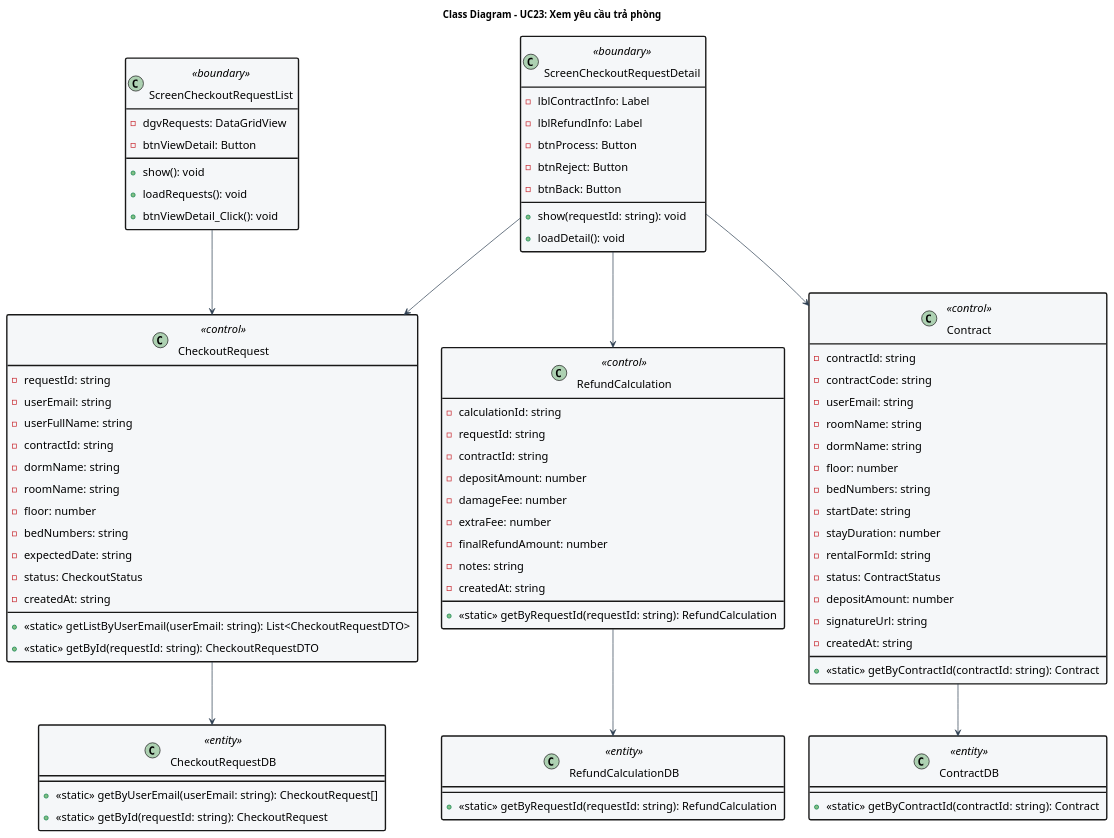
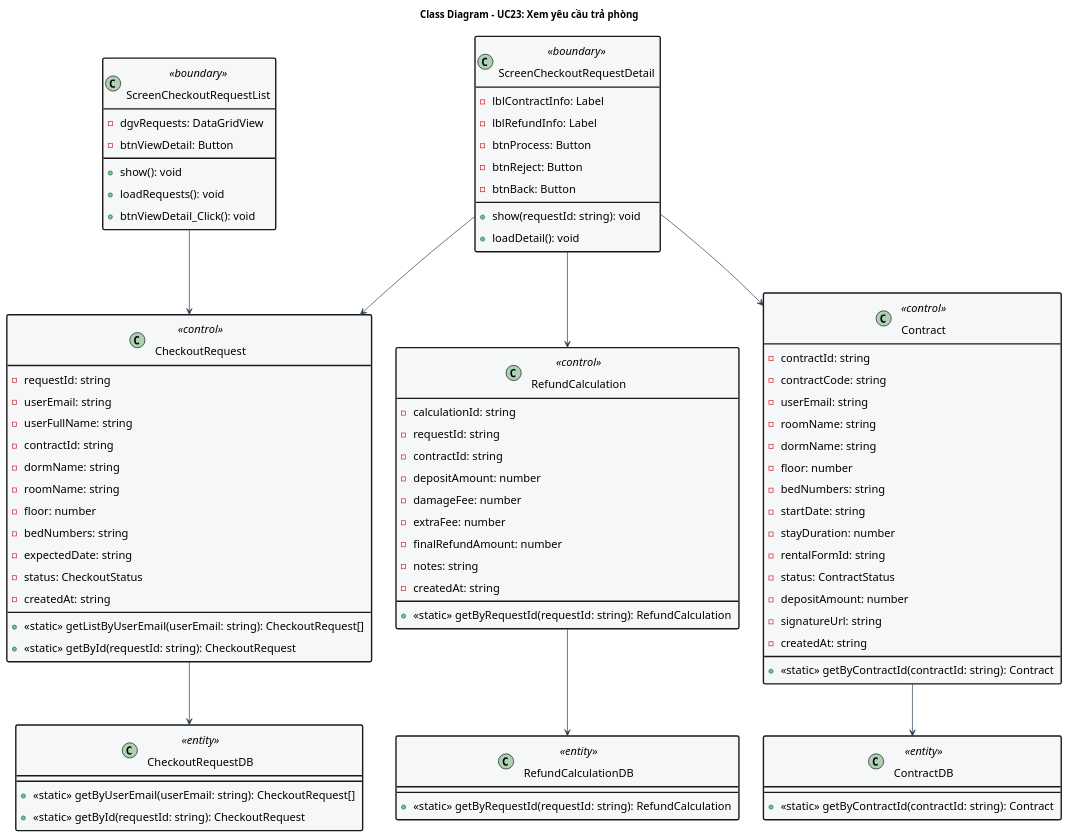
The diagram in doc/system/xem_yeu_cau_tra_phong/XemYeuCauTraPhong_ClassDiagram.wsd (Gnourt812005/HCMUS-Analyze-and-desgin-IS), drawn with PlantUML before and after one commit. The commit also changed 2 other files, not shown here.

Commit message:
quangdo/diagram: updated some diagrams

```diff
--- a/doc/system/xem_yeu_cau_tra_phong/XemYeuCauTraPhong_ClassDiagram.wsd
+++ b/doc/system/xem_yeu_cau_tra_phong/XemYeuCauTraPhong_ClassDiagram.wsd
@@ -1,104 +1,104 @@
 @startuml XemYeuCauTraPhong_ClassDiagram
 title Class Diagram - UC23: Xem yêu cầu trả phòng
 
 skinparam {
     BackgroundColor White
     ArrowColor #2D3E50
     DefaultFontName "Arial"
     DefaultFontSize 16
     BorderColor #2D3E50
     ClassBackgroundColor #F5F7F9
     ClassBorderThickness 2
     StereotypeFontColor #2D3E50
     Padding 5
 }
 
 class ScreenCheckoutRequestList <<boundary>> {
     - dgvRequests: DataGridView
     - btnViewDetail: Button
     + show(): void
     + loadRequests(): void
     + btnViewDetail_Click(): void
 }
 
 class ScreenCheckoutRequestDetail <<boundary>> {
     - lblContractInfo: Label
     - lblRefundInfo: Label
     - btnProcess: Button
     - btnReject: Button
     - btnBack: Button
     + show(requestId: string): void
     + loadDetail(): void
 }
 
 class CheckoutRequest <<control>> {
     - requestId: string
     - userEmail: string
     - userFullName: string
     - contractId: string
     - dormName: string
     - roomName: string
     - floor: number
     - bedNumbers: string
     - expectedDate: string
     - status: CheckoutStatus
     - createdAt: string
-    + <<static>> getListByUserEmail(userEmail: string): List<CheckoutRequestDTO>
-    + <<static>> getById(requestId: string): CheckoutRequestDTO
+    + <<static>> getListByUserEmail(userEmail: string): CheckoutRequest[]
+    + <<static>> getById(requestId: string): CheckoutRequest
 }
 
 class RefundCalculation <<control>> {
     - calculationId: string
     - requestId: string
     - contractId: string
     - depositAmount: number
     - damageFee: number
     - extraFee: number
     - finalRefundAmount: number
     - notes: string
     - createdAt: string
     + <<static>> getByRequestId(requestId: string): RefundCalculation
 }
 
 class Contract <<control>> {
     - contractId: string
     - contractCode: string
     - userEmail: string
     - roomName: string
     - dormName: string
     - floor: number
     - bedNumbers: string
     - startDate: string
     - stayDuration: number
     - rentalFormId: string
     - status: ContractStatus
     - depositAmount: number
     - signatureUrl: string
     - createdAt: string
     + <<static>> getByContractId(contractId: string): Contract
 }
 
 ' --- DATABASE LAYER ---
 class CheckoutRequestDB <<entity>> {
     + <<static>> getByUserEmail(userEmail: string): CheckoutRequest[]
     + <<static>> getById(requestId: string): CheckoutRequest
 }
 
 class RefundCalculationDB <<entity>> {
     + <<static>> getByRequestId(requestId: string): RefundCalculation
 }
 
 class ContractDB <<entity>> {
     + <<static>> getByContractId(contractId: string): Contract
 }
 
 ScreenCheckoutRequestList --> CheckoutRequest 
 ScreenCheckoutRequestDetail --> CheckoutRequest 
 ScreenCheckoutRequestDetail --> Contract 
 ScreenCheckoutRequestDetail --> RefundCalculation 
 
 CheckoutRequest --> CheckoutRequestDB 
 RefundCalculation --> RefundCalculationDB 
 Contract --> ContractDB 
 
 @enduml
```
